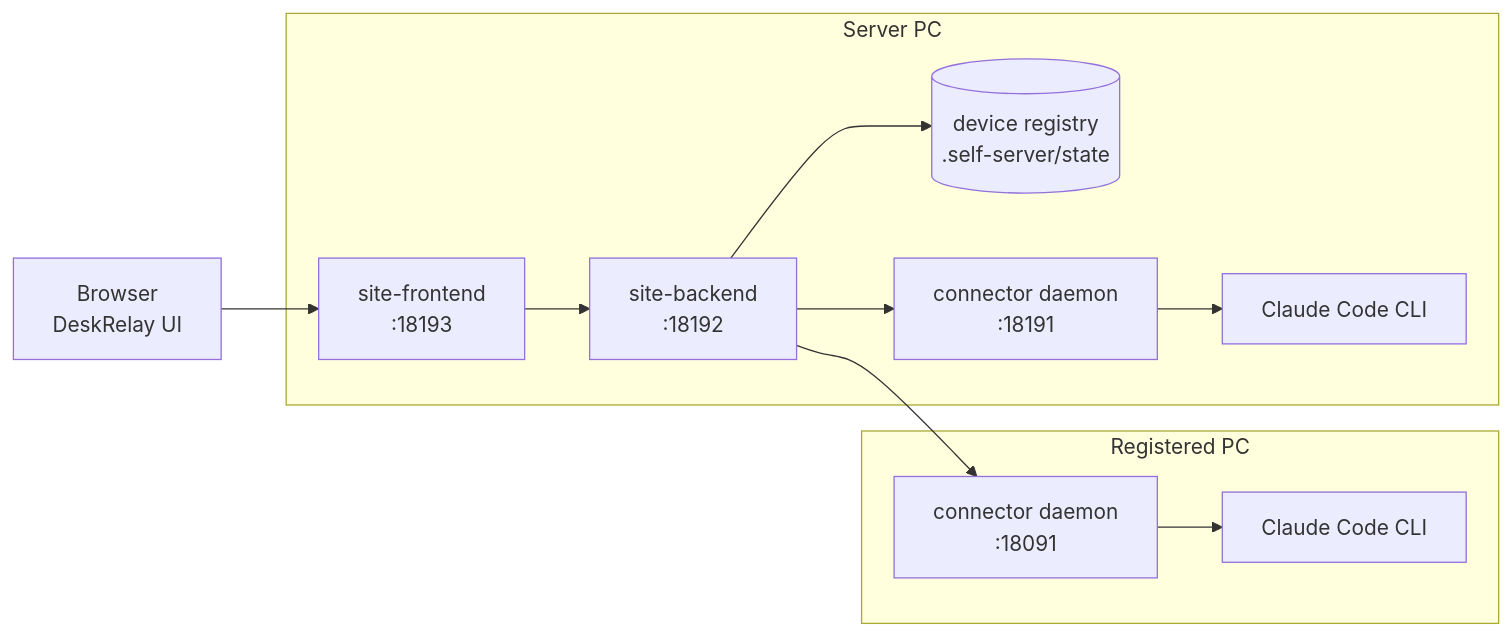
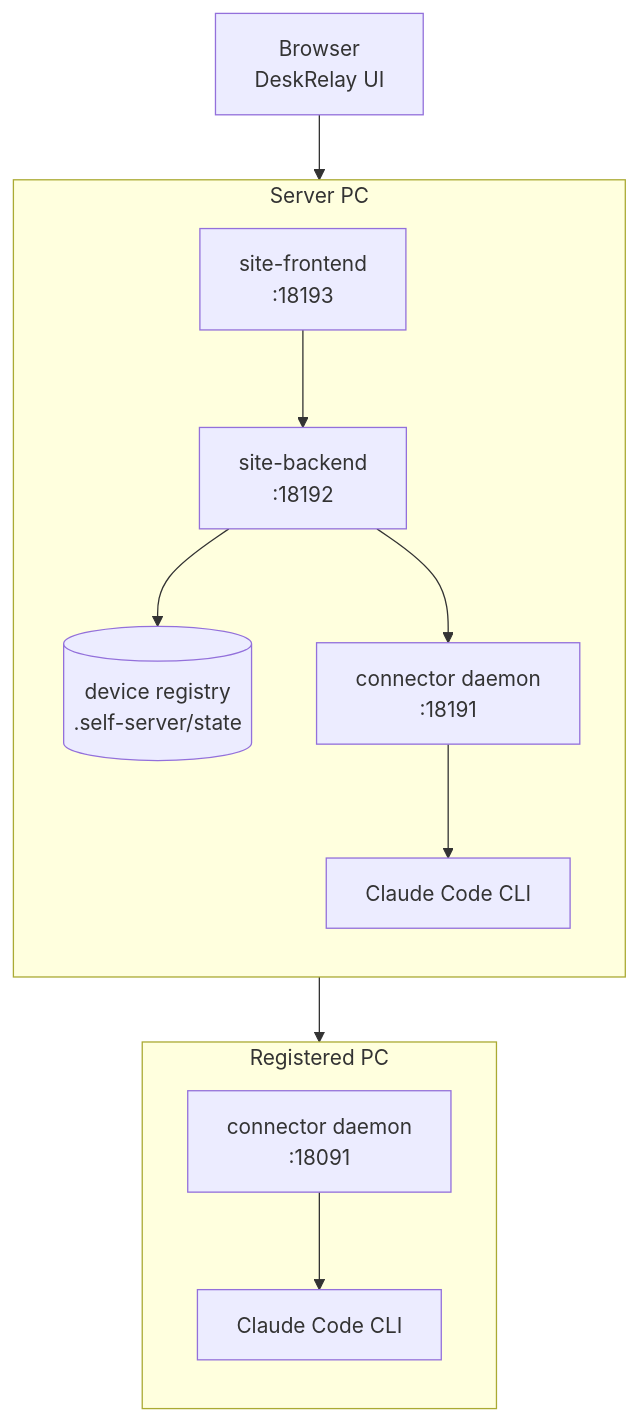
Before and after one commit to darkhtk/deskrelay: the diagram in README.md, drawn with Mermaid.

Commit message:
Make README structure diagram vertical

````diff
--- a/README.md
+++ b/README.md
@@ -11,25 +11,27 @@
 ```mermaid
-flowchart LR
+flowchart TD
   Browser["Browser<br/>DeskRelay UI"]
 
   subgraph ServerPC["Server PC"]
+    direction TB
     Frontend["site-frontend<br/>:18193"]
     Backend["site-backend<br/>:18192"]
     Registry[("device registry<br/>.self-server/state")]
     ServerDaemon["connector daemon<br/>:18191"]
     ServerClaude["Claude Code CLI"]
   end
 
   subgraph OtherPC["Registered PC"]
+    direction TB
     RemoteDaemon["connector daemon<br/>:18091"]
     RemoteClaude["Claude Code CLI"]
   end
 
   Browser --> Frontend
   Frontend --> Backend
   Backend --> Registry
   Backend --> ServerDaemon
   Backend --> RemoteDaemon
   ServerDaemon --> ServerClaude
   RemoteDaemon --> RemoteClaude
 ```
````
